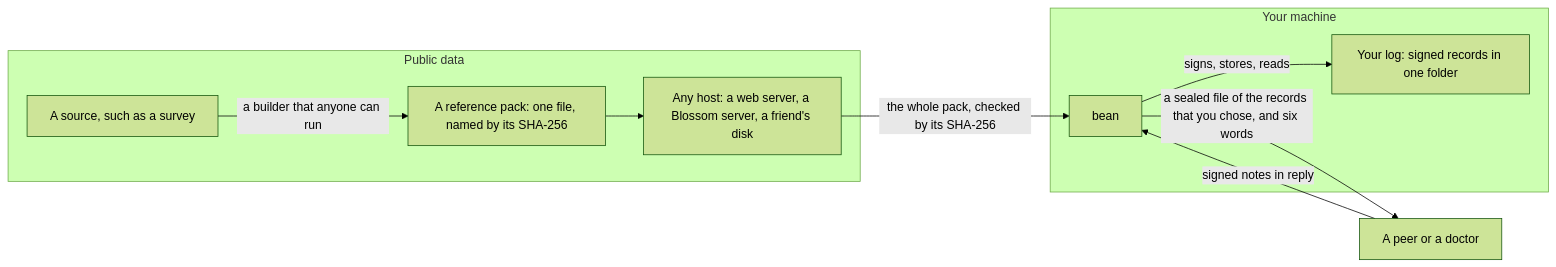
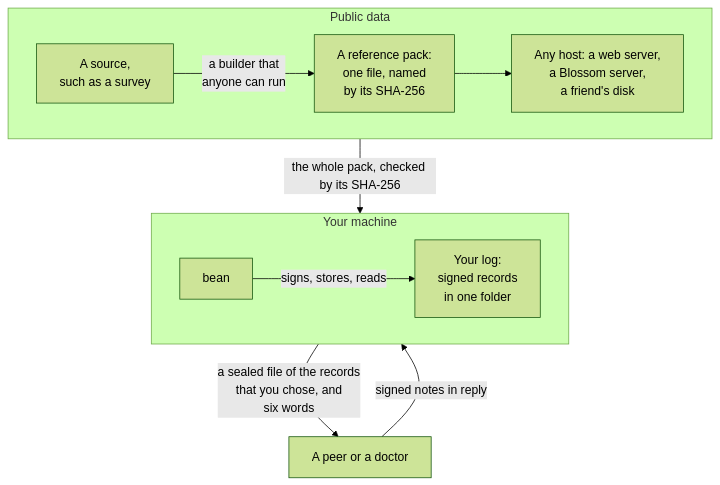
The diagram in README.md (Conscious-Repository/bean), drawn with Mermaid (forest theme) before and after one commit.

Commit message:
Stack the README diagram so it reads at GitHub's width (#47)
* Stack the README diagram so it reads at GitHub's width

* Keep the builder label's words

---------

````diff
--- a/README.md
+++ b/README.md
@@ -31,19 +31,16 @@
 ```mermaid
-flowchart LR
+flowchart TB
+    subgraph public["Public data"]
+        direction LR
+        source["A source,<br/>such as a survey"] -->|"a builder that<br/>anyone can run"| pack["A reference pack:<br/>one file, named<br/>by its SHA-256"]
+        pack --> host["Any host: a web server,<br/>a Blossom server,<br/>a friend's disk"]
+    end
     subgraph machine["Your machine"]
-        log["Your log: signed records in one folder"]
-        bean["bean"]
+        direction LR
+        bean["bean"] -->|"signs, stores, reads"| log["Your log:<br/>signed records<br/>in one folder"]
     end
     peer["A peer or a doctor"]
-    subgraph public["Public data"]
-        source["A source, such as a survey"]
-        pack["A reference pack: one file, named by its SHA-256"]
-        host["Any host: a web server, a Blossom server, a friend's disk"]
-    end
-    bean -->|"signs, stores, reads"| log
-    bean -->|"a sealed file of the records that you chose, and six words"| peer
-    peer -->|"signed notes in reply"| bean
-    source -->|"a builder that anyone can run"| pack
-    pack --> host
-    host -->|"the whole pack, checked by its SHA-256"| bean
+    public -->|"the whole pack, checked by its SHA-256"| machine
+    machine -->|"a sealed file of the records<br/>that you chose, and<br/>six words"| peer
+    peer -->|"signed notes in reply"| machine
 ```
````
